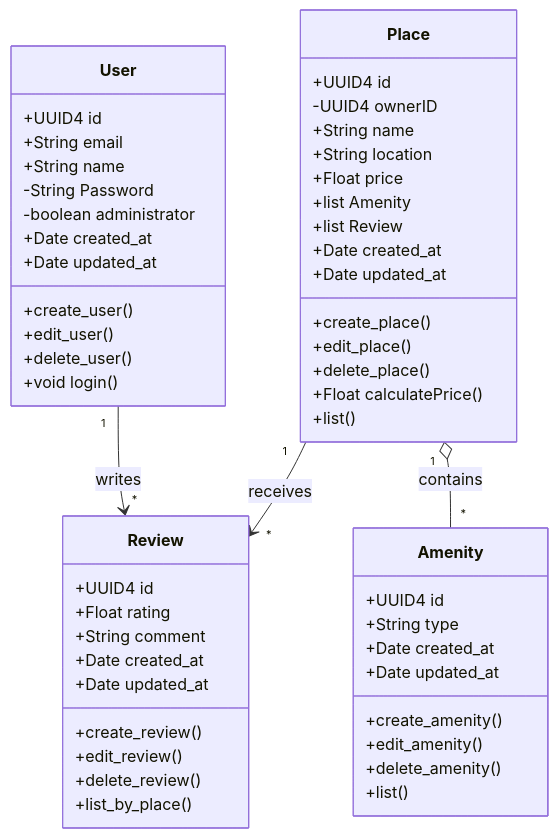
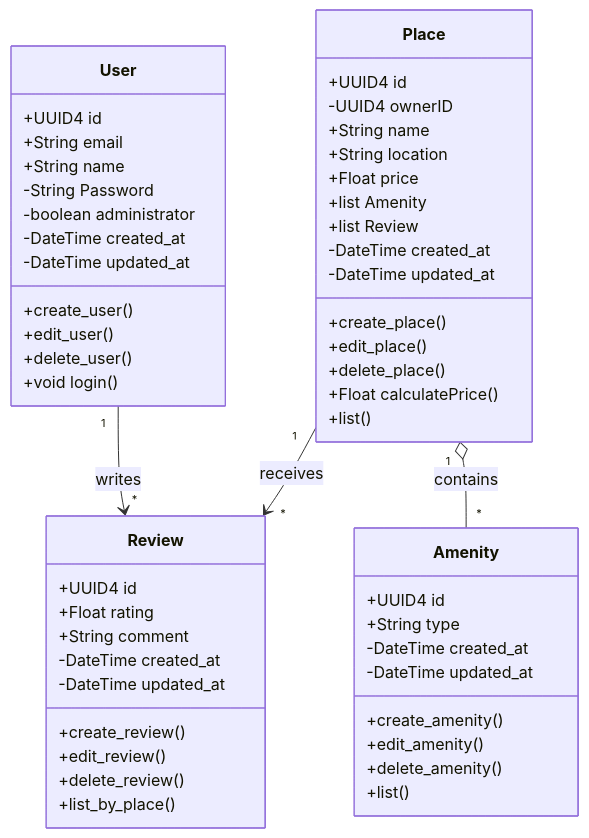
The diagram in part1/task01/uml_1.mermaid (Morg92b/holbertonschool-hbnb), drawn with Mermaid before and after one commit.

Commit message:
i add datetime

```diff
--- a/part1/task01/uml_1.mermaid
+++ b/part1/task01/uml_1.mermaid
@@ -1,58 +1,58 @@
 classDiagram
 class User {
     +UUID4 id
     +String email
     +String name
     -String Password
     -boolean administrator
-    +Date created_at
-    +Date updated_at
+    -DateTime created_at
+    -DateTime updated_at
     +create_user()
     +edit_user()
     +delete_user()
     +void login()
 }
 
 class Place {
     +UUID4 id
     -UUID4 ownerID
     +String name
     +String location
     +Float price
     +list Amenity
     +list Review
-    +Date created_at
-    +Date updated_at
+    -DateTime created_at
+    -DateTime updated_at
     +create_place()
     +edit_place()
     +delete_place()
     +Float calculatePrice()
     +list()
 }
 
 class Review {
     +UUID4 id
     +Float rating
     +String comment
-    +Date created_at
-    +Date updated_at
+    -DateTime created_at
+    -DateTime updated_at
     +create_review()
     +edit_review()
     +delete_review()
     +list_by_place()
 }
 
 class Amenity {
     +UUID4 id
     +String type
-    +Date created_at
-    +Date updated_at
+    -DateTime created_at
+    -DateTime updated_at
     +create_amenity()
     +edit_amenity()
     +delete_amenity()
     +list()
 }
 
 User "1" --> "*" Review : writes
 Place "1" --> "*" Review : receives
 Place "1" o-- "*" Amenity : contains
```
